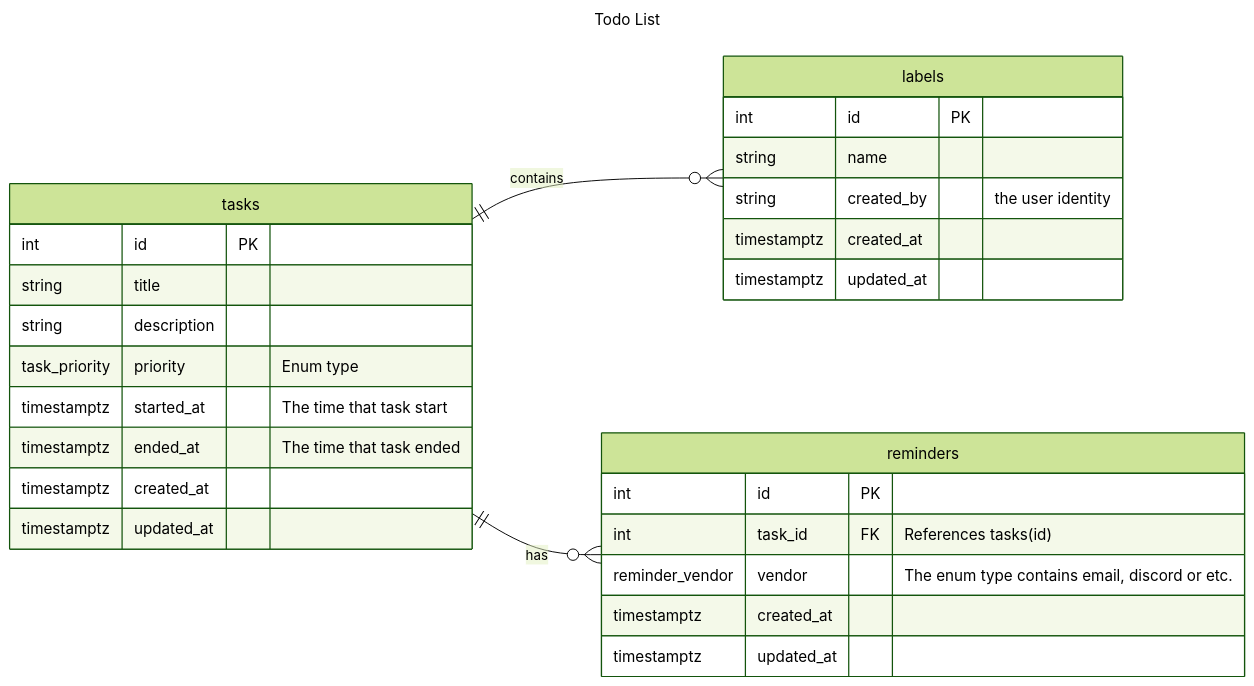
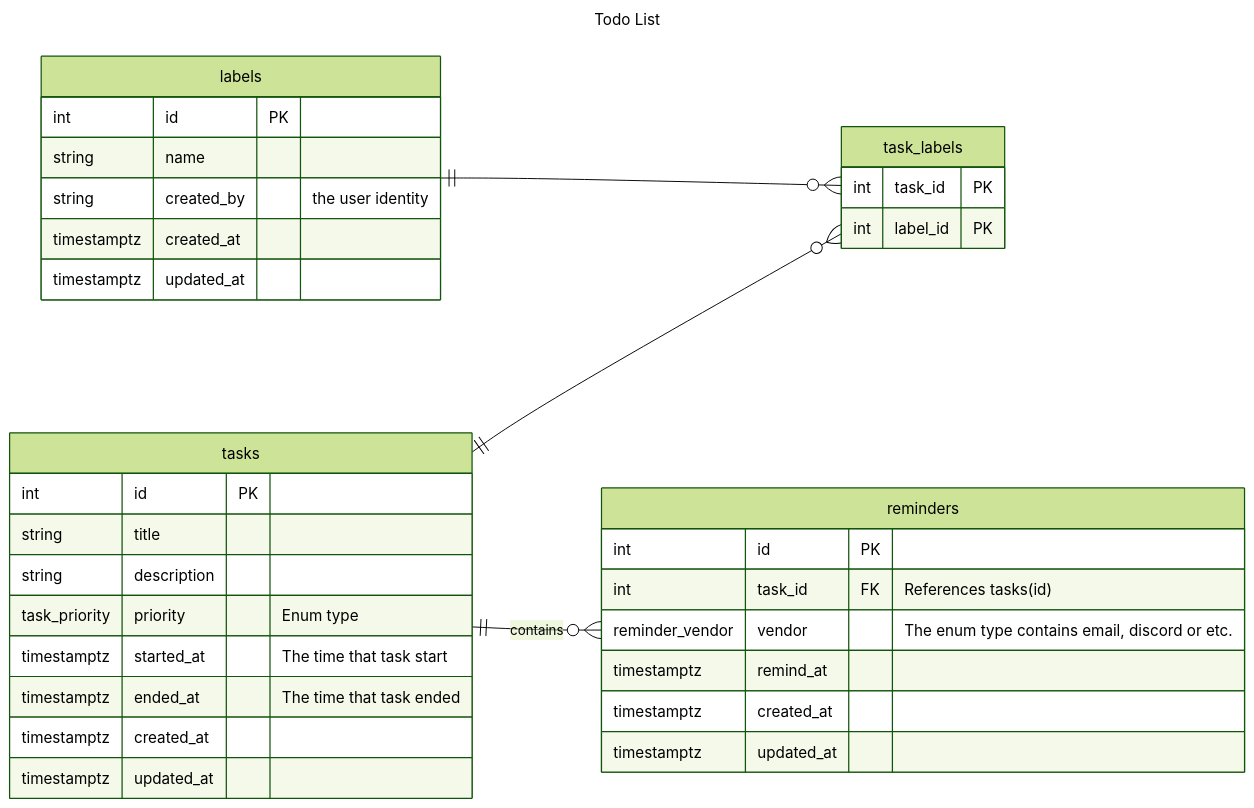
Before and after one commit to Lysoul/todo-list: the diagram in docs/db.md, drawn with Mermaid (forest theme). The commit also changed 3 other files, not shown here.

Commit message:
fix: diagram and sql to matched

````diff
--- a/docs/db.md
+++ b/docs/db.md
@@ -1,38 +1,44 @@
 ```mermaid
 ---
 title: Todo List
 ---
 erDiagram
     direction LR
-    tasks ||--o{ labels : contains
-    tasks ||--o{  reminders: has
+    tasks ||--o{ task_labels : ""
+    labels ||--o{ task_labels : ""
+    tasks ||--o{ reminders: contains
     
     tasks { 
         int id PK
         string title
         string description
         task_priority priority "Enum type"
         timestamptz started_at "The time that task start"
         timestamptz ended_at "The time that task ended"
         timestamptz created_at
         timestamptz updated_at
     }
 
     labels {
         int id PK
         string name
         string created_by "the user identity"
         timestamptz created_at
         timestamptz updated_at
     }
     
+    task_labels {
+         int task_id PK
+         int label_id PK
+    }
+
     reminders {
         int id PK
         int task_id FK "References tasks(id)"
         reminder_vendor vendor "The enum type contains email, discord or etc."
+        timestamptz remind_at
         timestamptz created_at
         timestamptz updated_at
     }
 
-
 ```
````
